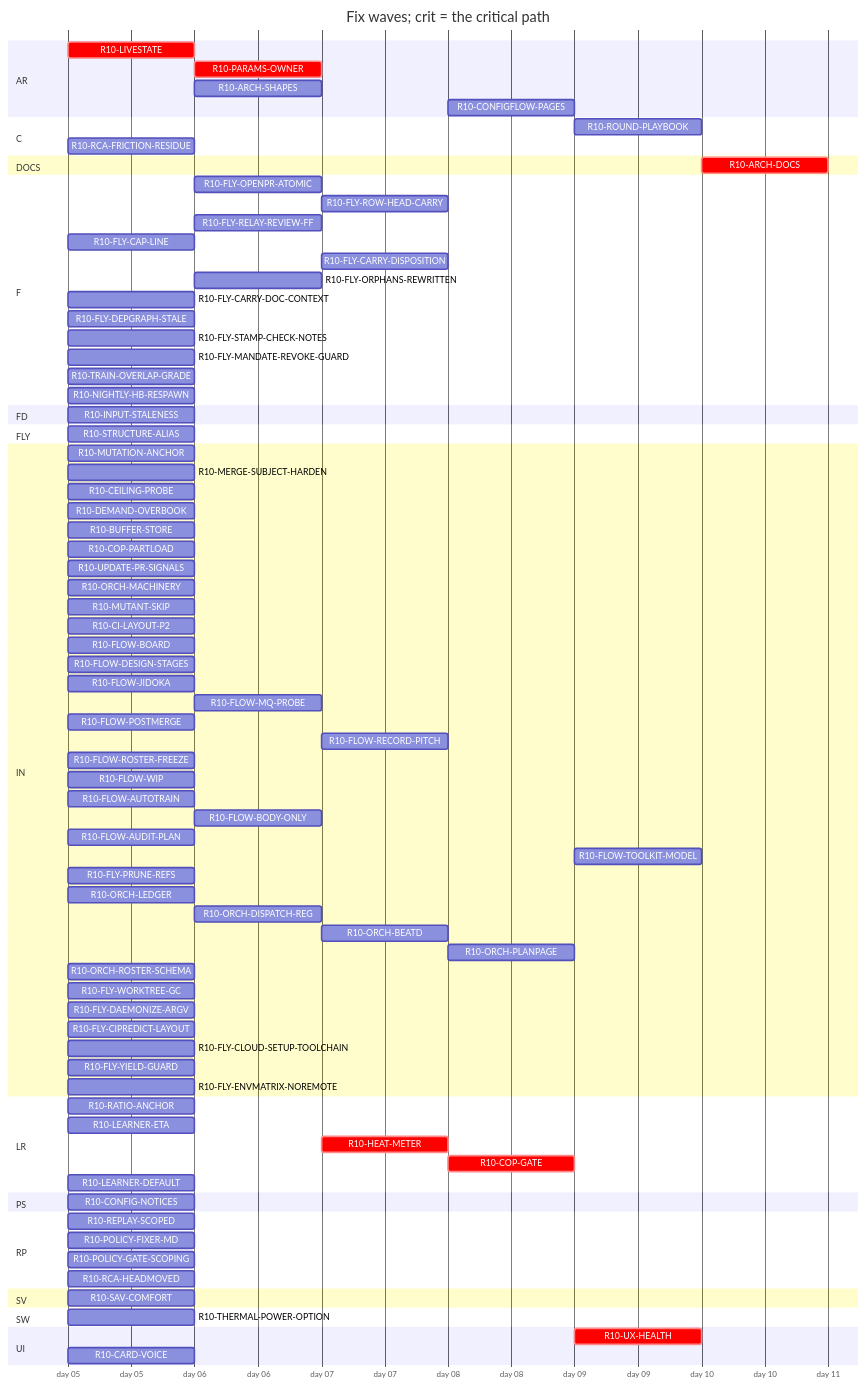
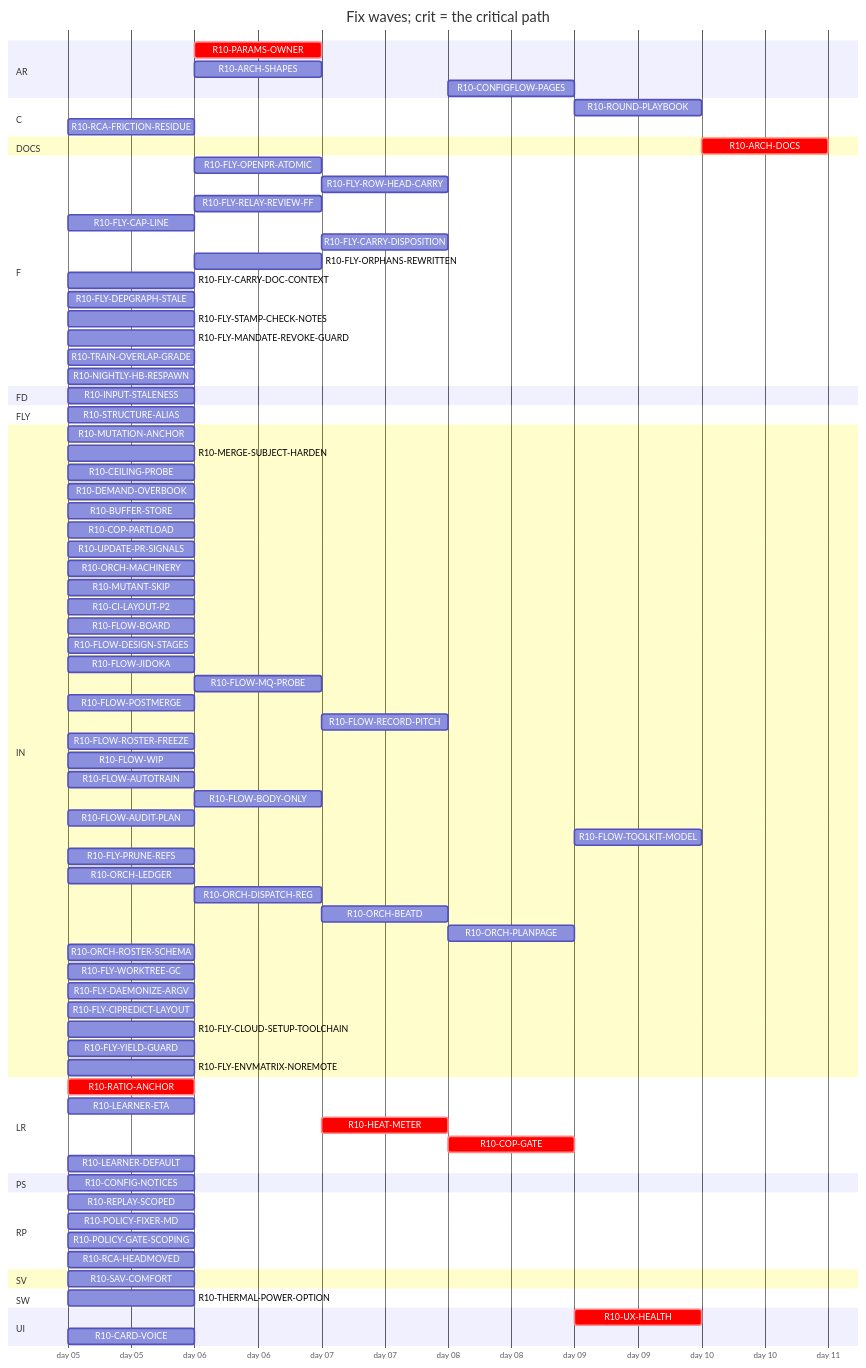
The diagram in handoff/round10/state/PLAN-TABLE.md (tvofi/heatpump_optimizer), drawn with Mermaid before and after one commit. The commit also changed other lines of this file and 2 other files, not shown here.

Commit message:
state: NEXT-SESSION-PROMPT.md, PLAN-TABLE.md, RESUME-CURRENT.md regenerated (state_docs.py)

```diff
--- a/handoff/round10/state/PLAN-TABLE.md
+++ b/handoff/round10/state/PLAN-TABLE.md
@@ -29,15 +29,14 @@
   dateFormat YYYY-MM-DD
   axisFormat day %d
   section AR
-    R10-LIVESTATE :crit, r10LIVESTATE, 2026-01-05, 1d
-    R10-PARAMS-OWNER :crit, r10PARAMSOWNER, after r10LIVESTATE r10RATIOANCHOR, 1d
-    R10-ARCH-SHAPES :r10ARCHSHAPES, after r10LIVESTATE r10INPUTSTALENESS, 1d
+    R10-PARAMS-OWNER :crit, r10PARAMSOWNER, after r10RATIOANCHOR, 1d
+    R10-ARCH-SHAPES :r10ARCHSHAPES, after r10INPUTSTALENESS, 1d
     R10-CONFIGFLOW-PAGES :r10CONFIGFLOWPAGES, after r10HEATMETER, 1d
   section C
     R10-ROUND-PLAYBOOK :r10ROUNDPLAYBOOK, after r10FLOWAUDITPLAN r10ORCHLEDGER r10ORCHDISPATCHREG r10ORCHBEATD r10ORCHPLANPAGE r10FLOWAUTOTRAIN r10CILAYOUTP2, 1d
     R10-RCA-FRICTION-RESIDUE :r10RCAFRICTIONRESIDUE, 2026-01-05, 1d
   section DOCS
-    R10-ARCH-DOCS :crit, r10ARCHDOCS, after r10RATIOANCHOR r10INPUTSTALENESS r10LIVESTATE r10CONFIGNOTICES r10PARAMSOWNER r10ARCHSHAPES r10LEARNERETA r10HEATMETER r10COPGATE r10UXHEALTH r10CONFIGFLOWPAGES r10REPLAYSCOPED, 1d
+    R10-ARCH-DOCS :crit, r10ARCHDOCS, after r10RATIOANCHOR r10INPUTSTALENESS r10CONFIGNOTICES r10PARAMSOWNER r10ARCHSHAPES r10LEARNERETA r10HEATMETER r10COPGATE r10UXHEALTH r10CONFIGFLOWPAGES r10REPLAYSCOPED, 1d
   section F
     R10-FLY-OPENPR-ATOMIC :r10FLYOPENPRATOMIC, after r10UPDATEPRSIGNALS, 1d
     R10-FLY-ROW-HEAD-CARRY :r10FLYROWHEADCARRY, after r10CILAYOUTP2 r10FLYOPENPRATOMIC, 1d
@@ -91,7 +90,7 @@
     R10-FLY-YIELD-GUARD :r10FLYYIELDGUARD, 2026-01-05, 1d
     R10-FLY-ENVMATRIX-NOREMOTE :r10FLYENVMATRIXNOREMOTE, 2026-01-05, 1d
   section LR
-    R10-RATIO-ANCHOR :r10RATIOANCHOR, 2026-01-05, 1d
+    R10-RATIO-ANCHOR :crit, r10RATIOANCHOR, 2026-01-05, 1d
     R10-LEARNER-ETA :r10LEARNERETA, 2026-01-05, 1d
     R10-HEAT-METER :crit, r10HEATMETER, after r10LEARNERETA r10INPUTSTALENESS r10RATIOANCHOR r10PARAMSOWNER r10ARCHSHAPES r10THERMALPOWEROPTION, 1d
     R10-COP-GATE :crit, r10COPGATE, after r10HEATMETER, 1d
```
